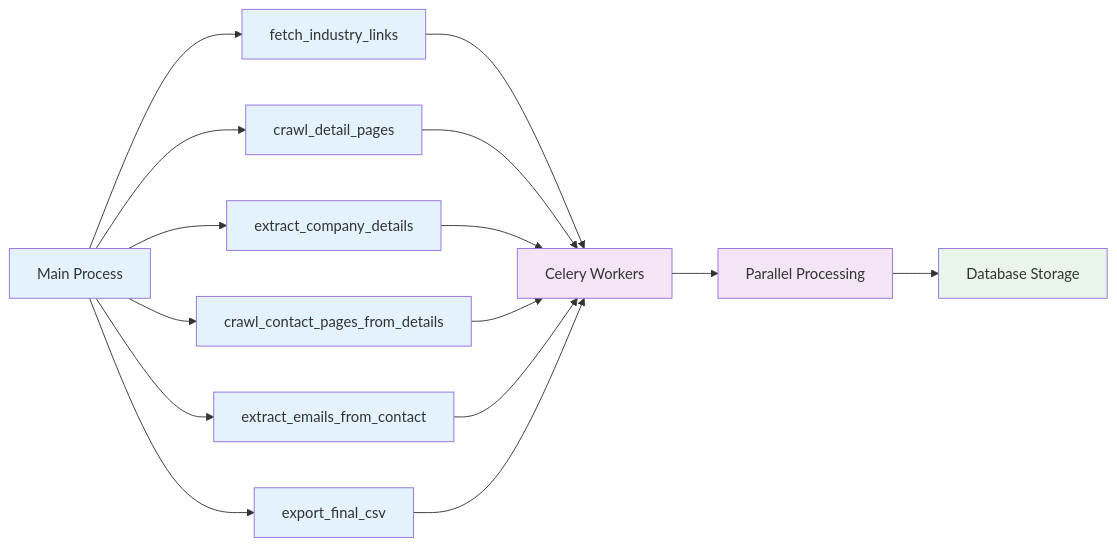
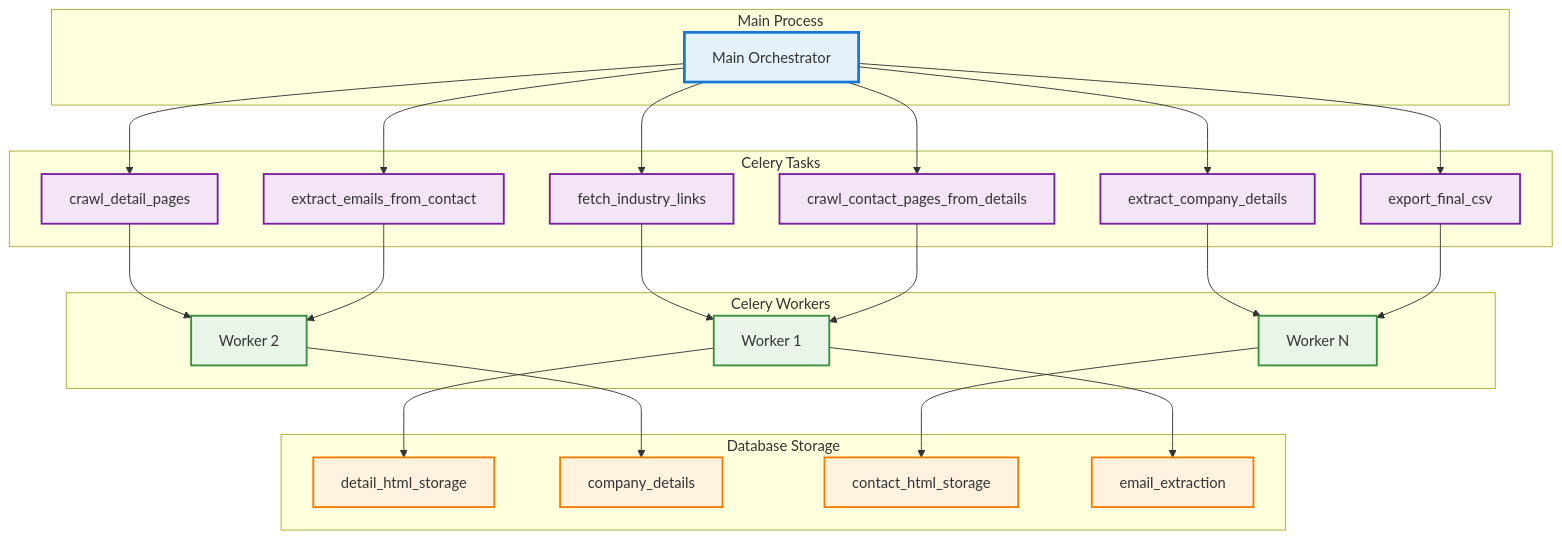
The third of 3 diagrams in README.md (tranvietphuoc/pcrawler), drawn with Mermaid before and after one commit. The commit also changed other lines of this file, not shown here.

````diff
--- a/README.md
+++ b/README.md
@@ -202,28 +219,58 @@
 ```mermaid
-graph LR
-    A[Main Process] --> B[fetch_industry_links]
-    A --> C[crawl_detail_pages]
-    A --> D[extract_company_details]
-    A --> E[crawl_contact_pages_from_details]
-    A --> F[extract_emails_from_contact]
-    A --> G[export_final_csv]
+graph TB
+    subgraph "Main Process"
+        A[Main Orchestrator]
+    end
 
-    B --> H[Celery Workers]
-    C --> H
-    D --> H
+    subgraph "Celery Tasks"
+        B[fetch_industry_links]
+        C[crawl_detail_pages]
+        D[extract_company_details]
+        E[crawl_contact_pages_from_details]
+        F[extract_emails_from_contact]
+        G[export_final_csv]
+    end
+
+    subgraph "Celery Workers"
+        H[Worker 1]
+        I[Worker 2]
+        J[Worker N]
+    end
+
+    subgraph "Database Storage"
+        K[detail_html_storage]
+        L[company_details]
+        M[contact_html_storage]
+        N[email_extraction]
+    end
+
+    A --> B
+    A --> C
+    A --> D
+    A --> E
+    A --> F
+    A --> G
+
+    B --> H
+    C --> I
+    D --> J
     E --> H
-    F --> H
-    G --> H
+    F --> I
+    G --> J
 
-    H --> I[Parallel Processing]
-    I --> J[Database Storage]
+    H --> K
+    I --> L
+    J --> M
+    H --> N
 
     %% Styling
-    classDef task fill:#e3f2fd
-    classDef worker fill:#f3e5f5
-    classDef storage fill:#e8f5e8
+    classDef main fill:#e3f2fd,stroke:#1976d2,stroke-width:3px
+    classDef task fill:#f3e5f5,stroke:#7b1fa2,stroke-width:2px
+    classDef worker fill:#e8f5e8,stroke:#388e3c,stroke-width:2px
+    classDef storage fill:#fff3e0,stroke:#f57c00,stroke-width:2px
 
-    class A,B,C,D,E,F,G task
-    class H,I worker
-    class J storage
+    class A main
+    class B,C,D,E,F,G task
+    class H,I,J worker
+    class K,L,M,N storage
 ```
````
